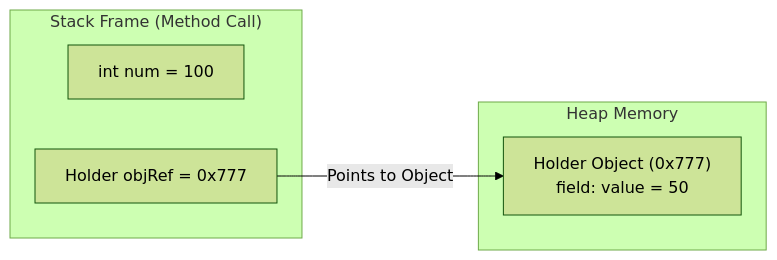
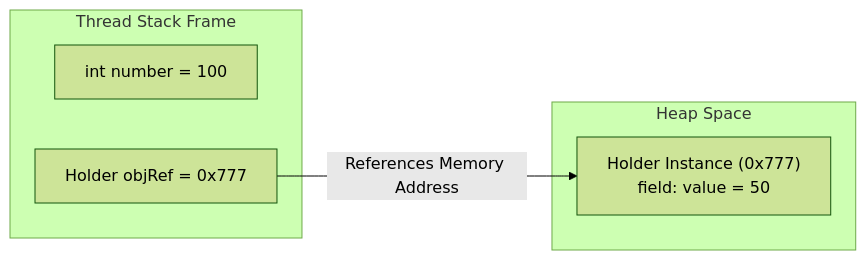
One commit to Arghya876/Java-Core-Masterclass-and-Practice changed the second of 2 diagrams in README.md. Above: the diagram before and after it, drawn with Mermaid (forest theme). The commit also changed other lines of this file and 3 other files, not shown here.

````diff
--- a/README.md
+++ b/README.md
@@ -77,13 +81,13 @@
 ```mermaid
 flowchart LR
-    subgraph StackMemory ["Stack Frame (Method Call)"]
-        s1["int num = 100"]
+    subgraph StackMemory ["Thread Stack Frame"]
+        s1["int number = 100"]
         s2["Holder objRef = 0x777"]
     end
     
-    subgraph HeapMemory ["Heap Memory"]
-        h1["Holder Object (0x777)\n field: value = 50"]
+    subgraph HeapMemory ["Heap Space"]
+        h1["Holder Instance (0x777)\n field: value = 50"]
     end
     
-    s2 -->|"Points to Object"| h1
+    s2 -->|"References Memory Address"| h1
 ```
````
